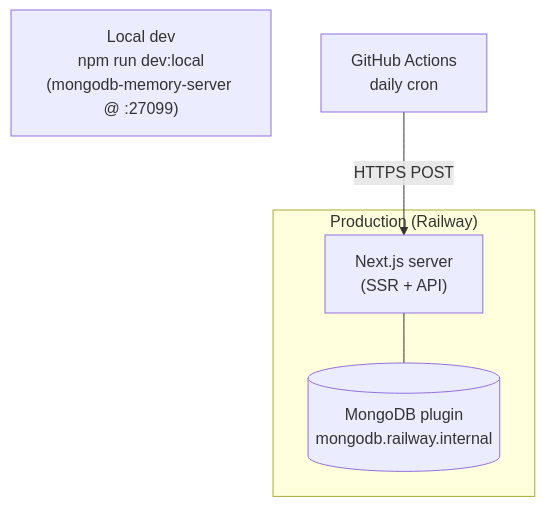
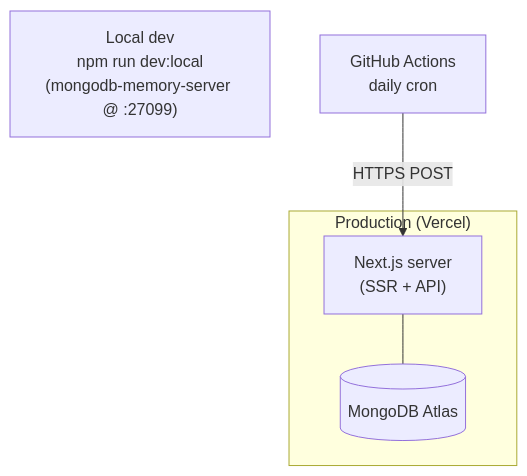
The sixth of 6 diagrams in docs/ARCHITECTURE.md (dooddles07/CYA-DV), drawn with Mermaid before and after one commit. The commit also changed other lines of this file and 37 other files, not shown here.

Commit message:
fix(security): rate-limit remaining write endpoints, add CSRF double-submit token, admin audit log; fix(deps): patch brace-expansion DoS; add CI workflow + Playwright E2E smoke test; docs: sync to Vercel/Atlas hosting, credit LICENSE

````diff
--- a/docs/ARCHITECTURE.md
+++ b/docs/ARCHITECTURE.md
@@ -549,11 +558,11 @@
 ```mermaid
 graph TB
   Dev["Local dev<br/>npm run dev:local<br/>(mongodb-memory-server @ :27099)"]
-  subgraph Prod["Production (Railway)"]
+  subgraph Prod["Production (Vercel)"]
     App["Next.js server<br/>(SSR + API)"]
-    Mongo[("MongoDB plugin<br/>mongodb.railway.internal")]
+    Mongo[("MongoDB Atlas")]
   end
   GH["GitHub Actions<br/>daily cron"]
   App --- Mongo
   GH -->|HTTPS POST| App
 ```
````
